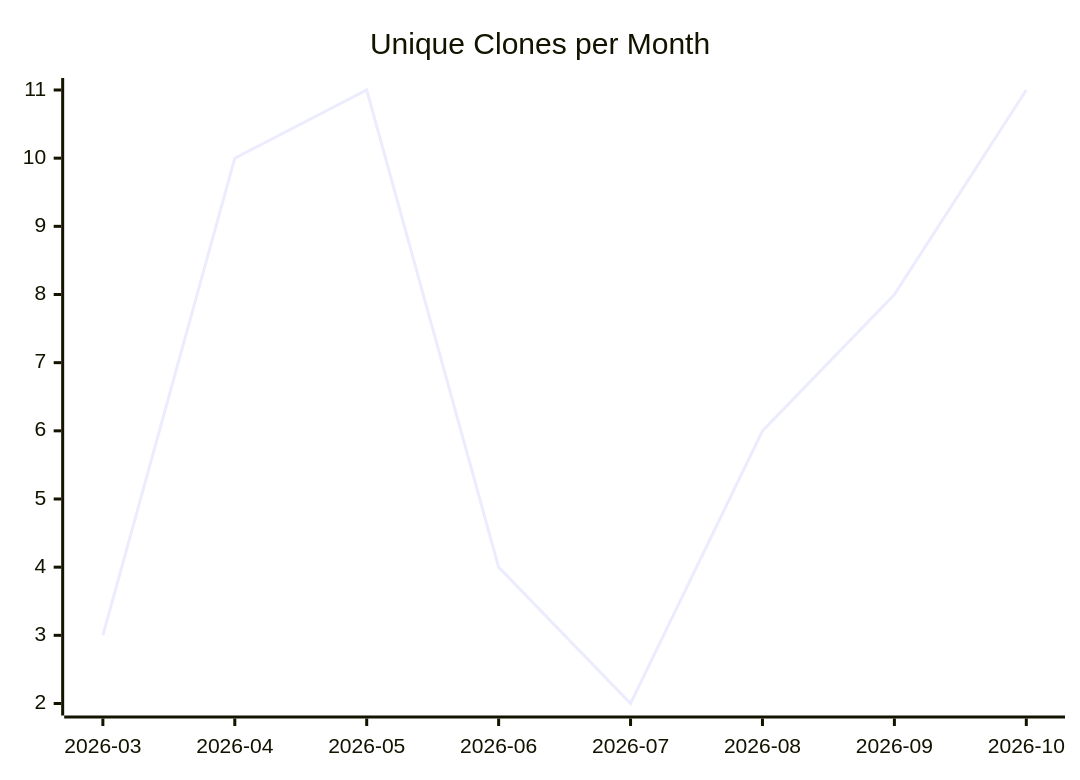
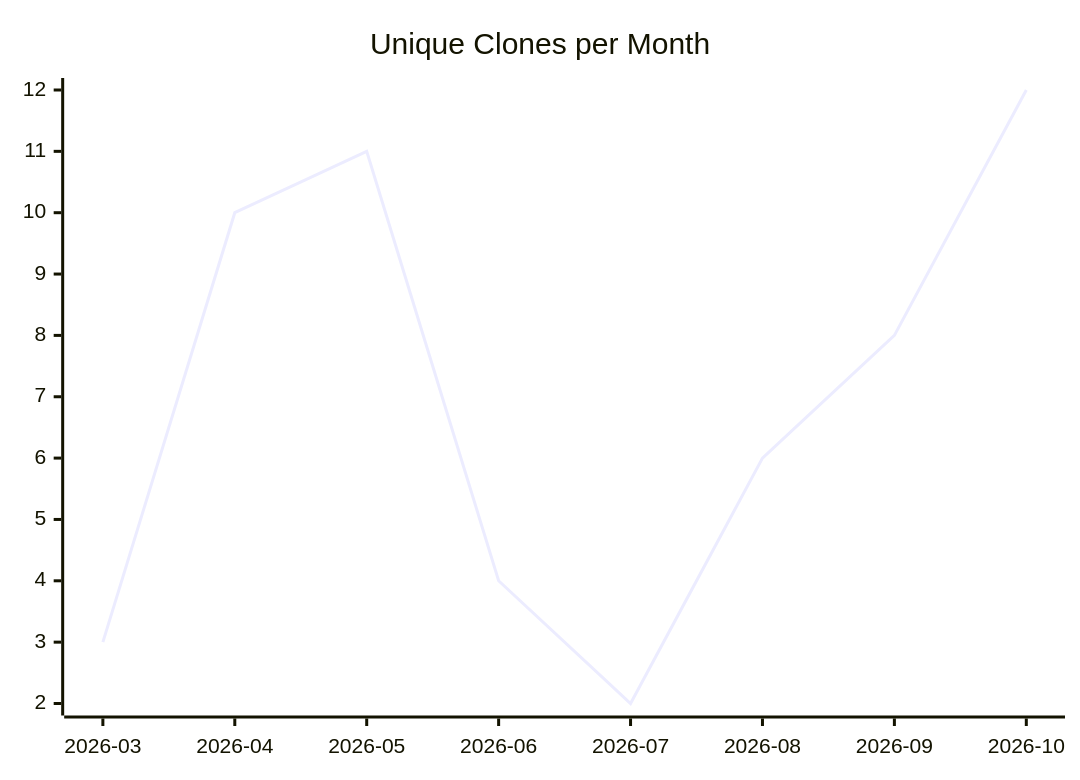
The third of 3 diagrams in karlmdavis/bbonfhir-dev-infra-docker/README.md (justdavis-family/github-analytics-data), drawn with Mermaid before and after one commit. The commit also changed other lines of this file and 198 other files, not shown here.

````diff
--- a/karlmdavis/bbonfhir-dev-infra-docker/README.md
+++ b/karlmdavis/bbonfhir-dev-infra-docker/README.md
@@ -19,6 +19,6 @@
 ```mermaid
 xychart-beta
   title "Unique Clones per Month"
   x-axis ["2026-03", "2026-04", "2026-05", "2026-06", "2026-07", "2026-08", "2026-09", "2026-10"]
-  line [3, 10, 11, 4, 2, 6, 8, 11]
+  line [3, 10, 11, 4, 2, 6, 8, 12]
 ```
````
